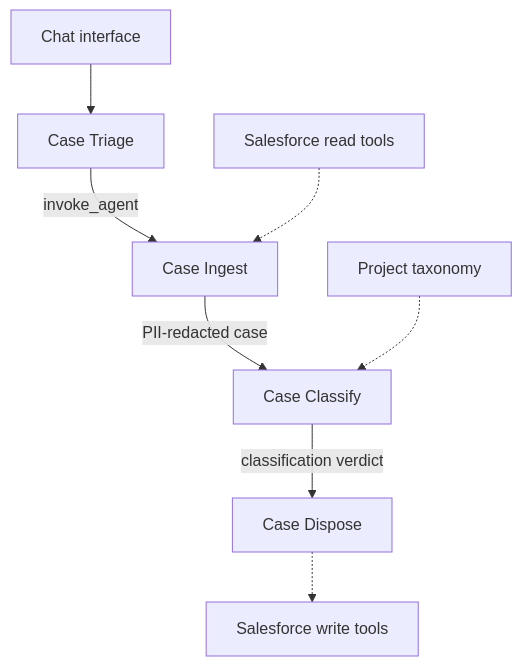
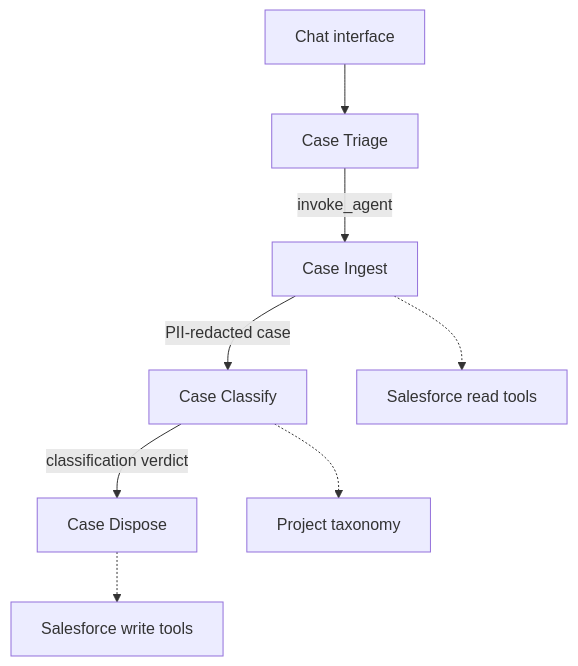
Before and after one commit to veryfront/agentic-case-processing-salesforce: the diagram in README.md, drawn with Mermaid.

Commit message:
docs: correct architecture dependency arrows

````diff
--- a/README.md
+++ b/README.md
@@ -5,11 +5,11 @@
 ```mermaid
 flowchart TD
   Chat["Chat interface"] --> Triage["Case Triage"]
   Triage -->|invoke_agent| Ingest["Case Ingest"]
   Ingest -->|PII-redacted case| Classify["Case Classify"]
   Classify -->|classification verdict| Dispose["Case Dispose"]
 
-  SalesforceRead["Salesforce read tools"] -.-> Ingest
-  Taxonomy["Project taxonomy"] -.-> Classify
+  Ingest -.-> SalesforceRead["Salesforce read tools"]
+  Classify -.-> Taxonomy["Project taxonomy"]
   Dispose -.-> SalesforceWrite["Salesforce write tools"]
 ```
````
